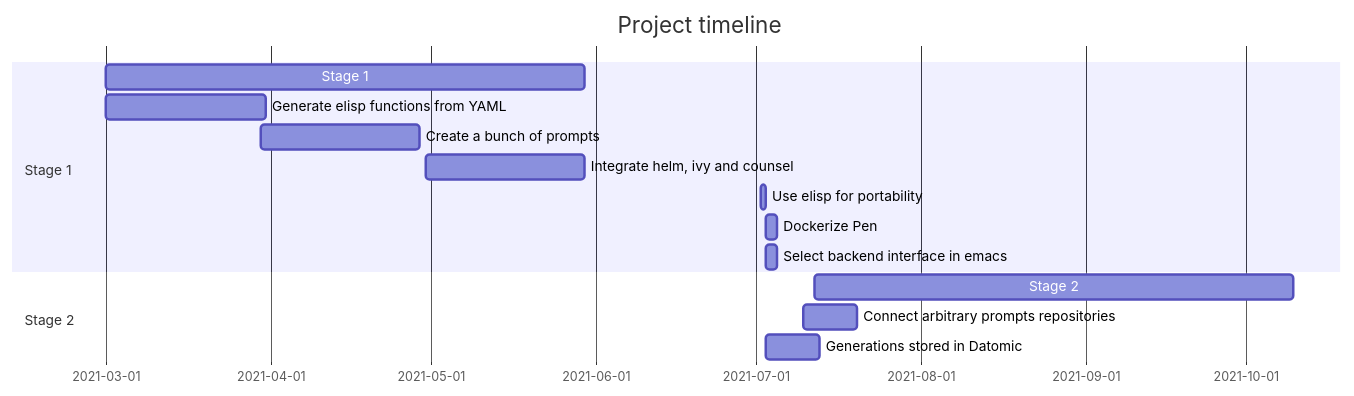
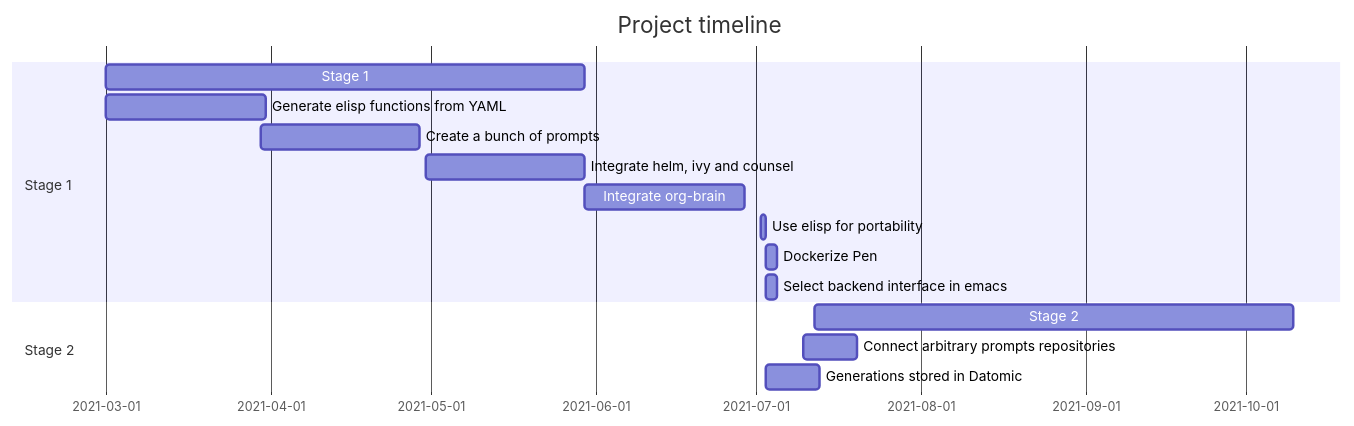
One commit to semiosis/pen.el changed the diagram in docs/README.org. Above: the diagram before and after it, drawn with Mermaid.

Commit message:
Fri 02 Jul 2021 16:10:06

```diff
--- a/docs/README.org
+++ b/docs/README.org
@@ -19,17 +19,18 @@
 #+BEGIN_SRC mermaid :results raw :file project-timeline.png
 gantt
         title Project timeline
         dateFormat  YYYY-MM-DD
         section Stage 1
         Stage 1    :s1, 2021-03-01, 90d
         Generate elisp functions from YAML    :a1, 2021-03-01, 30d
         Create a bunch of prompts     :a3, 2021-03-30, 30d
         Integrate helm, ivy and counsel     :a4, 2021-04-30, 30d
+        Integrate org-brain     :a5, 2021-05-30, 30d
         Use elisp for portability     :a2, 2021-07-02, 1d
         Dockerize Pen     :after a2  , 2d
         Select backend interface in emacs     :after a2  , 2d
         section Stage 2
         Stage 2   :s2, 2021-07-12, 90d
         Connect arbitrary prompts repositories :b1, 2021-07-10, 10d
         Generations stored in Datomic :after a2  , 10d
 #+END_SRC
```
